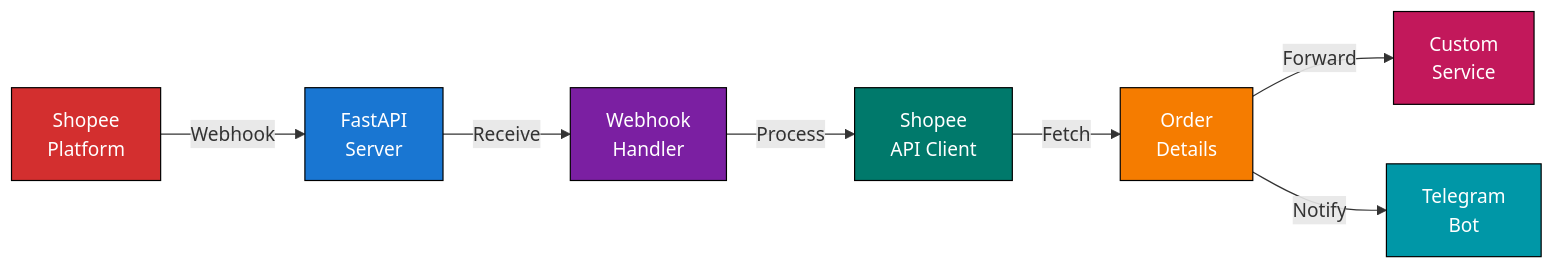
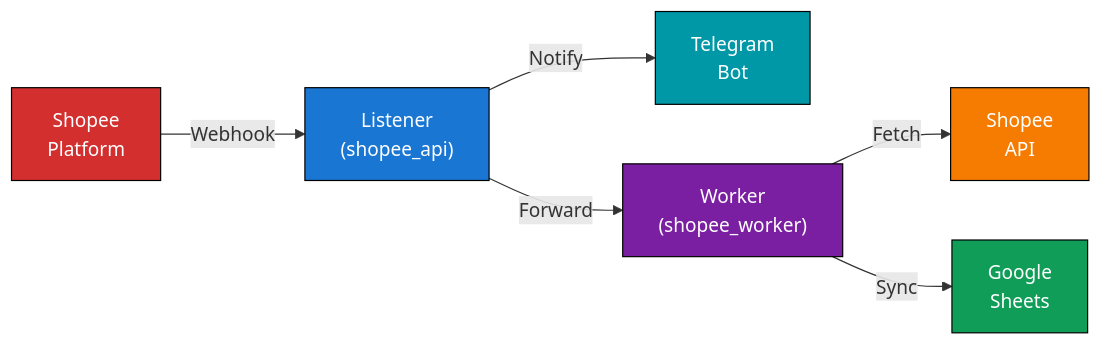
Before and after one commit to xKeNcHii/shopee-webhook-receiver: the first of 2 diagrams in README.md, drawn with Mermaid. The commit also changed other lines of this file and 74 other files, not shown here.

Commit message:
Refactor: Rename services to api/worker, centralize constants, and cleanup

````diff
--- a/README.md
+++ b/README.md
@@ -37,17 +29,15 @@
 ```mermaid
 graph LR
-    A["Shopee<br/>Platform"] -->|Webhook| B["FastAPI<br/>Server"]
-    B -->|Receive| C["Webhook<br/>Handler"]
-    C -->|Process| D["Shopee<br/>API Client"]
-    D -->|Fetch| E["Order<br/>Details"]
-    E -->|Forward| F["Custom<br/>Service"]
-    E -->|Notify| G["Telegram<br/>Bot"]
+    A["Shopee<br/>Platform"] -->|Webhook| B["Listener<br/>(shopee_api)"]
+    B -->|Notify| C["Telegram<br/>Bot"]
+    B -->|Forward| D["Worker<br/>(shopee_worker)"]
+    D -->|Fetch| E["Shopee<br/>API"]
+    D -->|Sync| F["Google<br/>Sheets"]
 
     style A fill:#d32f2f,stroke:#000,color:#fff
     style B fill:#1976d2,stroke:#000,color:#fff
-    style C fill:#7b1fa2,stroke:#000,color:#fff
-    style D fill:#00796b,stroke:#000,color:#fff
+    style C fill:#0097a7,stroke:#000,color:#fff
+    style D fill:#7b1fa2,stroke:#000,color:#fff
     style E fill:#f57c00,stroke:#000,color:#fff
-    style F fill:#c2185b,stroke:#000,color:#fff
-    style G fill:#0097a7,stroke:#000,color:#fff
+    style F fill:#0f9d58,stroke:#000,color:#fff
 ```
````
